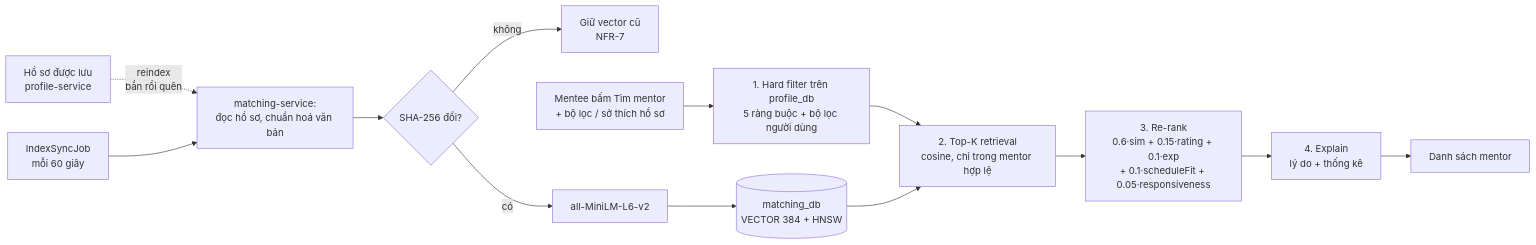
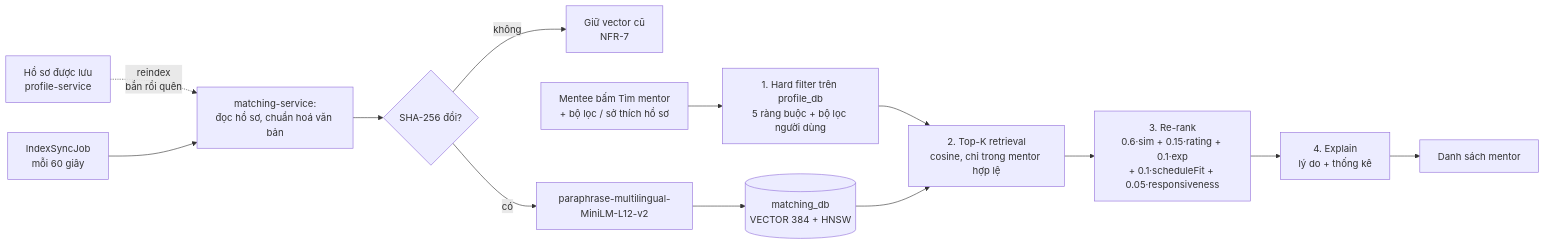
One commit to quangpham10212004/do_an_2026 changed the second of 6 diagrams in docs/ai-features.md. Above: the diagram before and after it, drawn with Mermaid. The commit also changed other lines of this file and 1 other file, not shown here.

````diff
--- a/docs/ai-features.md
+++ b/docs/ai-features.md
@@ -70,16 +75,16 @@
 ```mermaid
 flowchart LR
     P[Hồ sơ được lưu<br/>profile-service] -. "reindex<br/>bắn rồi quên" .-> N
     JOB[IndexSyncJob<br/>mỗi 60 giây] --> N[matching-service:<br/>đọc hồ sơ, chuẩn hoá văn bản]
     N --> H{SHA-256 đổi?}
     H -- không --> SKIP[Giữ vector cũ<br/>NFR-7]
-    H -- có --> E[all-MiniLM-L6-v2]
+    H -- có --> E[paraphrase-multilingual-MiniLM-L12-v2]
     E --> V[(matching_db<br/>VECTOR 384 + HNSW)]
 
     Q[Mentee bấm Tìm mentor<br/>+ bộ lọc / sở thích hồ sơ] --> R2[1. Hard filter trên profile_db<br/>5 ràng buộc + bộ lọc người dùng]
     R2 --> R1[2. Top-K retrieval<br/>cosine, chỉ trong mentor hợp lệ]
     V --> R1
     R1 --> R3[3. Re-rank<br/>0.6·sim + 0.15·rating + 0.1·exp<br/>+ 0.1·scheduleFit + 0.05·responsiveness]
     R3 --> R4[4. Explain<br/>lý do + thống kê]
     R4 --> OUT[Danh sách mentor]
 ```
````
